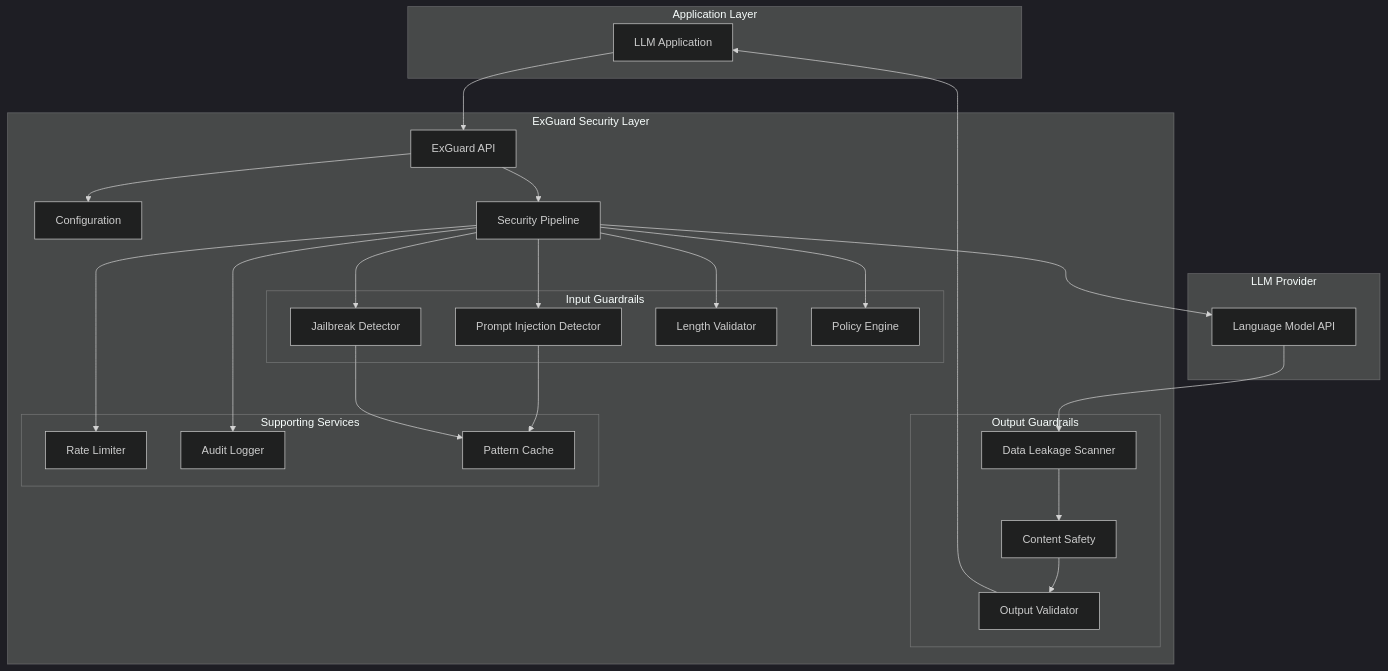
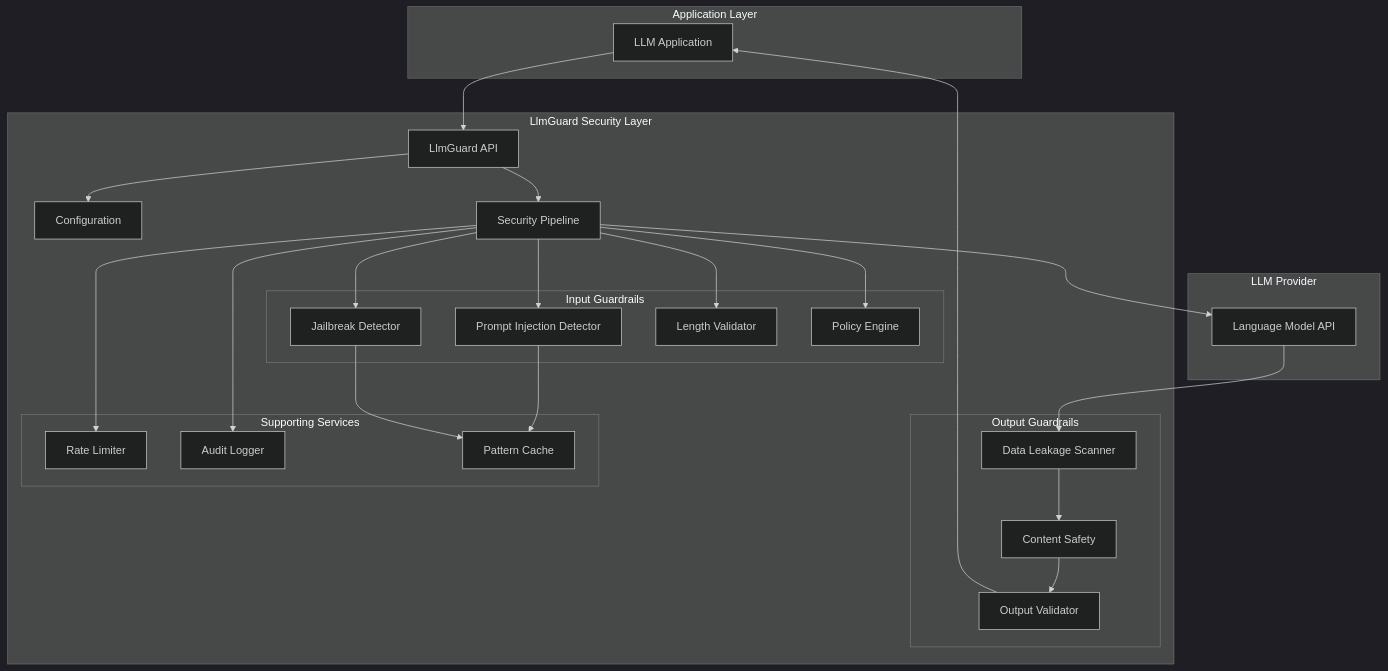
One commit to North-Shore-AI/LlmGuard changed the first of 7 diagrams in docs/architecture.md. Above: the diagram before and after it, drawn with Mermaid (dark theme). The commit also changed other lines of this file and 12 other files, not shown here.

````diff
--- a/docs/architecture.md
+++ b/docs/architecture.md
@@ -9,53 +9,53 @@
 ```mermaid
 graph TB
     subgraph "Application Layer"
         App[LLM Application]
     end
 
-    subgraph "ExGuard Security Layer"
-        API[ExGuard API]
+    subgraph "LlmGuard Security Layer"
+        API[LlmGuard API]
         Config[Configuration]
         Pipeline[Security Pipeline]
 
         subgraph "Input Guardrails"
             PI[Prompt Injection Detector]
             JB[Jailbreak Detector]
             Length[Length Validator]
             Policy[Policy Engine]
         end
 
         subgraph "Output Guardrails"
             DL[Data Leakage Scanner]
             CS[Content Safety]
             Valid[Output Validator]
         end
 
         subgraph "Supporting Services"
             RL[Rate Limiter]
             Audit[Audit Logger]
             Cache[Pattern Cache]
         end
     end
 
     subgraph "LLM Provider"
         LLM[Language Model API]
     end
 
     App --> API
     API --> Config
     API --> Pipeline
     Pipeline --> PI
     Pipeline --> JB
     Pipeline --> Length
     Pipeline --> Policy
     Pipeline --> LLM
     LLM --> DL
     DL --> CS
     CS --> Valid
     Valid --> App
 
     Pipeline --> RL
     Pipeline --> Audit
     PI --> Cache
     JB --> Cache
 ```
````
